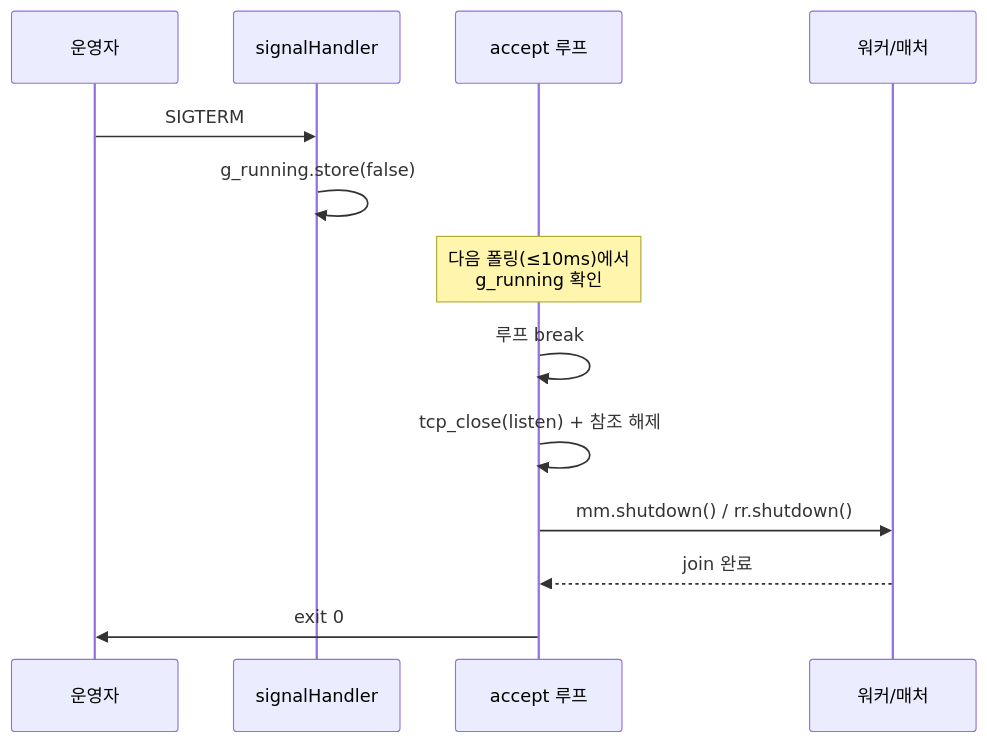
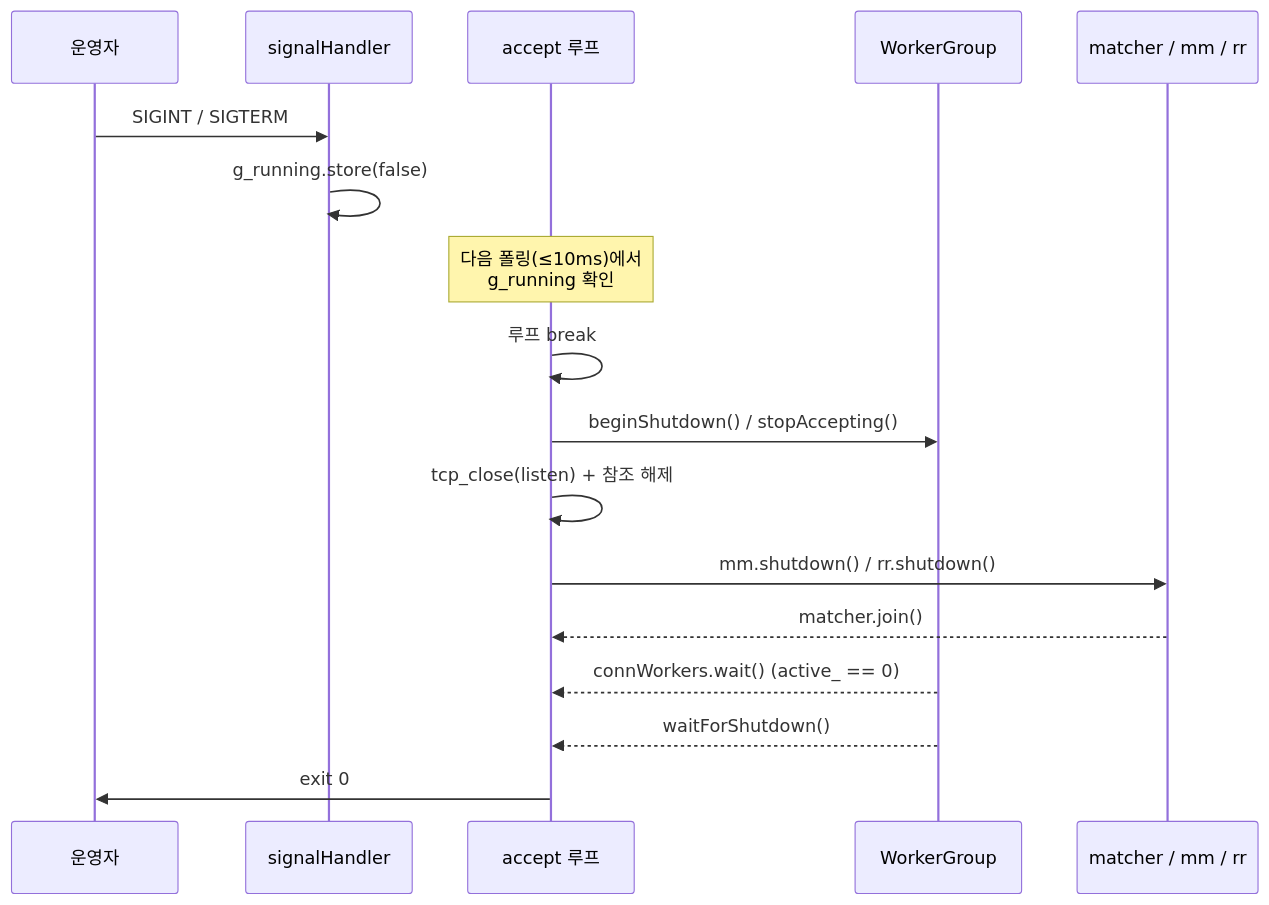
The first of 3 diagrams in docs/blog/part12-hardening-and-release.md (Rein-ArXiv/Tetris-Multiplayer-RL), drawn with Mermaid before and after one commit. The commit also changed other lines of this file and 41 other files, not shown here.

````diff
--- a/docs/blog/part12-hardening-and-release.md
+++ b/docs/blog/part12-hardening-and-release.md
@@ -337,15 +485,19 @@
 ```mermaid
 sequenceDiagram
     participant U as 운영자
     participant H as signalHandler
     participant L as accept 루프
-    participant W as 워커/매처
-    U->>H: SIGTERM
+    participant W as WorkerGroup
+    participant M as matcher / mm / rr
+    U->>H: SIGINT / SIGTERM
     H->>H: g_running.store(false)
     Note over L: 다음 폴링(≤10ms)에서<br/>g_running 확인
     L->>L: 루프 break
+    L->>W: beginShutdown() / stopAccepting()
     L->>L: tcp_close(listen) + 참조 해제
-    L->>W: mm.shutdown() / rr.shutdown()
-    W-->>L: join 완료
+    L->>M: mm.shutdown() / rr.shutdown()
+    M-->>L: matcher.join()
+    W-->>L: connWorkers.wait() (active_ == 0)
+    W-->>L: waitForShutdown()
     L->>U: exit 0
 ```
````
